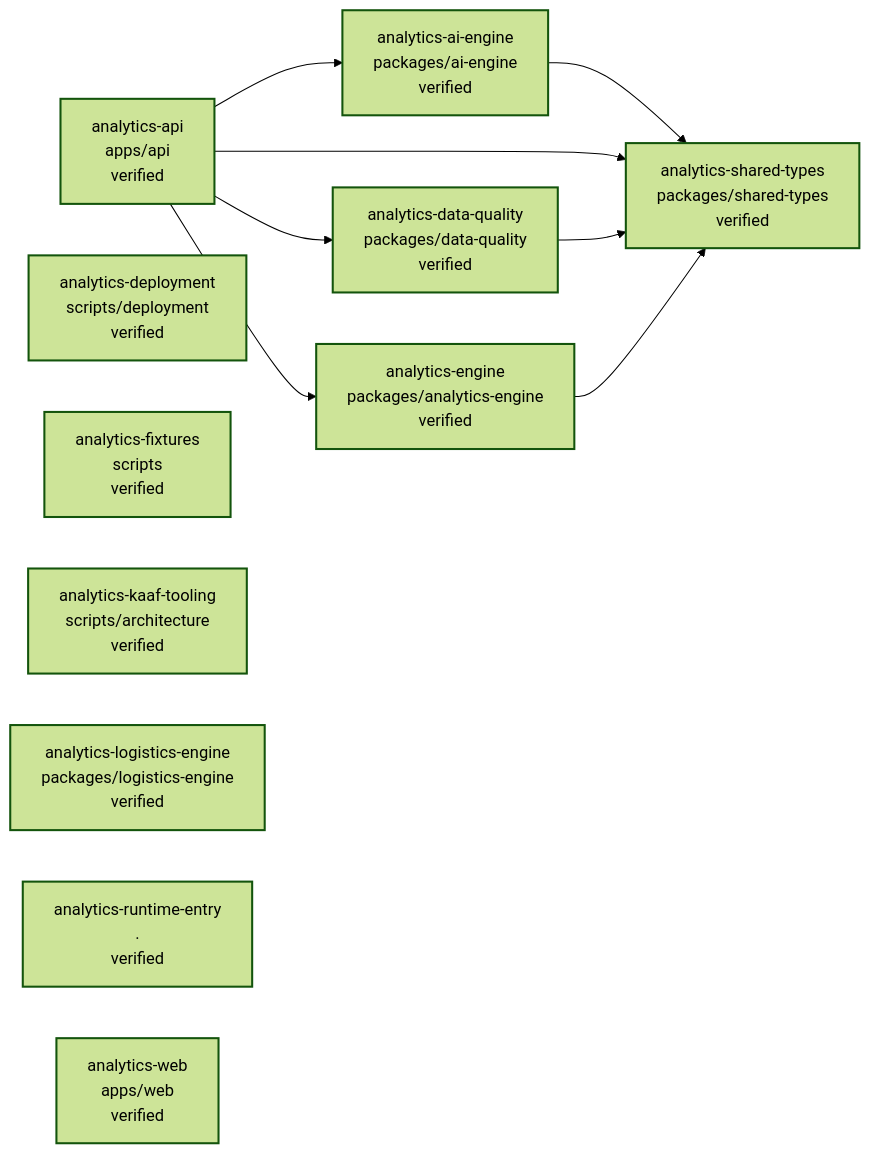
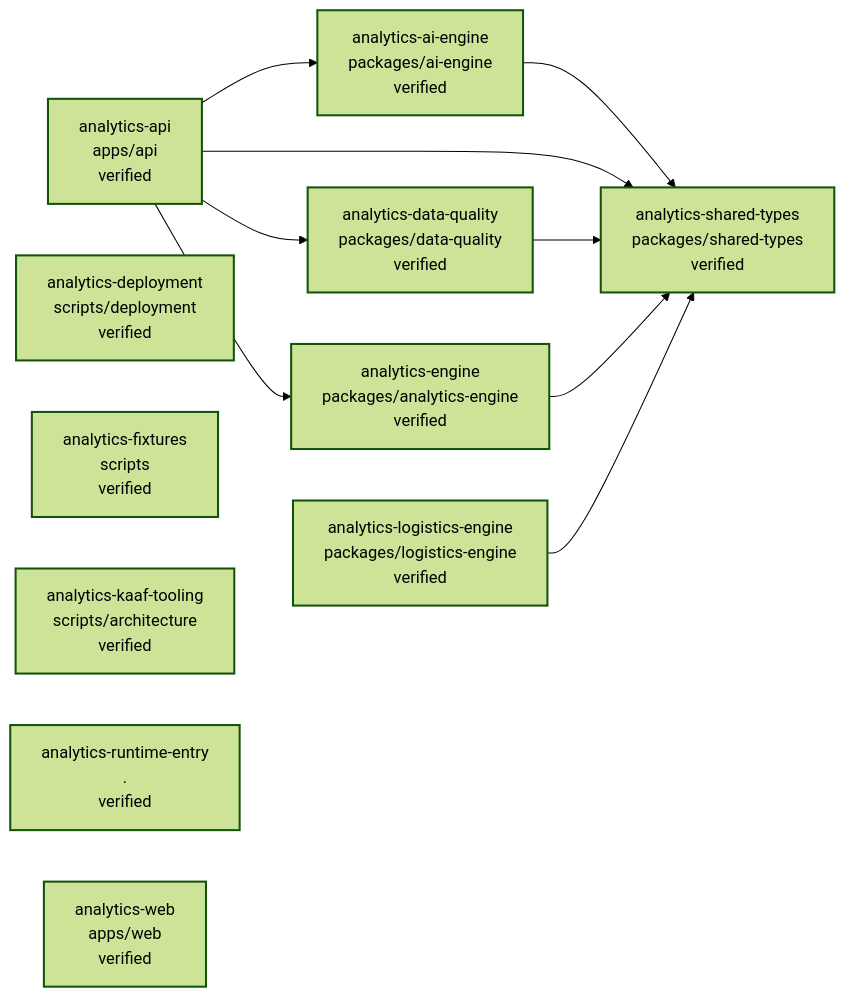
Before and after one commit to Islamce/kynox-inventory-analytics: the diagram in .ai/diagrams/container.md, drawn with Mermaid (forest theme). The commit also changed other lines of this file and 19 other files, not shown here.

````diff
--- a/.ai/diagrams/container.md
+++ b/.ai/diagrams/container.md
@@ -7,32 +7,33 @@
 ```mermaid
 graph LR
   analytics_ai_engine["analytics-ai-engine<br/>packages/ai-engine<br/>verified"]
   analytics_api["analytics-api<br/>apps/api<br/>verified"]
   analytics_data_quality["analytics-data-quality<br/>packages/data-quality<br/>verified"]
   analytics_deployment["analytics-deployment<br/>scripts/deployment<br/>verified"]
   analytics_engine["analytics-engine<br/>packages/analytics-engine<br/>verified"]
   analytics_fixtures["analytics-fixtures<br/>scripts<br/>verified"]
   analytics_kaaf_tooling["analytics-kaaf-tooling<br/>scripts/architecture<br/>verified"]
   analytics_logistics_engine["analytics-logistics-engine<br/>packages/logistics-engine<br/>verified"]
   analytics_runtime_entry["analytics-runtime-entry<br/>.<br/>verified"]
   analytics_shared_types["analytics-shared-types<br/>packages/shared-types<br/>verified"]
   analytics_web["analytics-web<br/>apps/web<br/>verified"]
   analytics_ai_engine --> analytics_shared_types
   analytics_api --> analytics_ai_engine
   analytics_api --> analytics_data_quality
   analytics_api --> analytics_engine
   analytics_api --> analytics_shared_types
   analytics_data_quality --> analytics_shared_types
   analytics_engine --> analytics_shared_types
+  analytics_logistics_engine --> analytics_shared_types
   style analytics_ai_engine stroke-width:2px
   style analytics_api stroke-width:2px
   style analytics_data_quality stroke-width:2px
   style analytics_deployment stroke-width:2px
   style analytics_engine stroke-width:2px
   style analytics_fixtures stroke-width:2px
   style analytics_kaaf_tooling stroke-width:2px
   style analytics_logistics_engine stroke-width:2px
   style analytics_runtime_entry stroke-width:2px
   style analytics_shared_types stroke-width:2px
   style analytics_web stroke-width:2px
 ```
````
